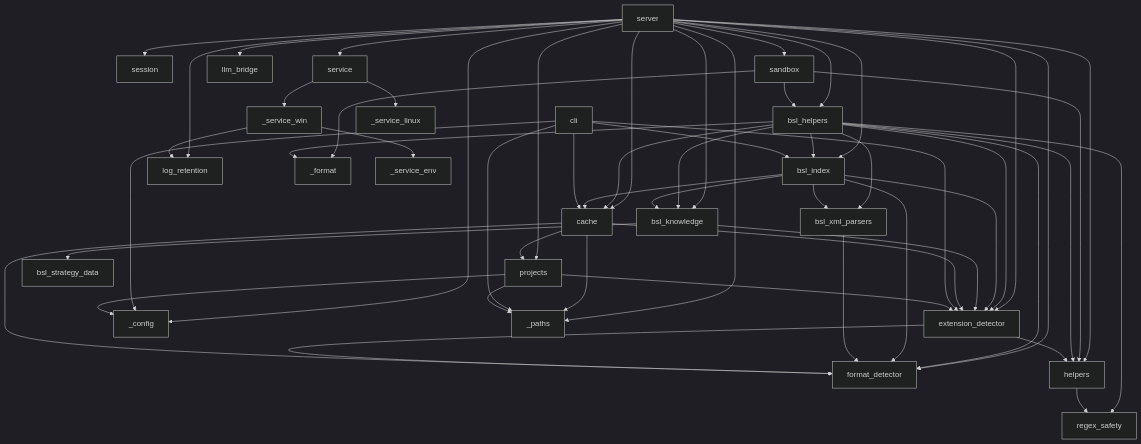
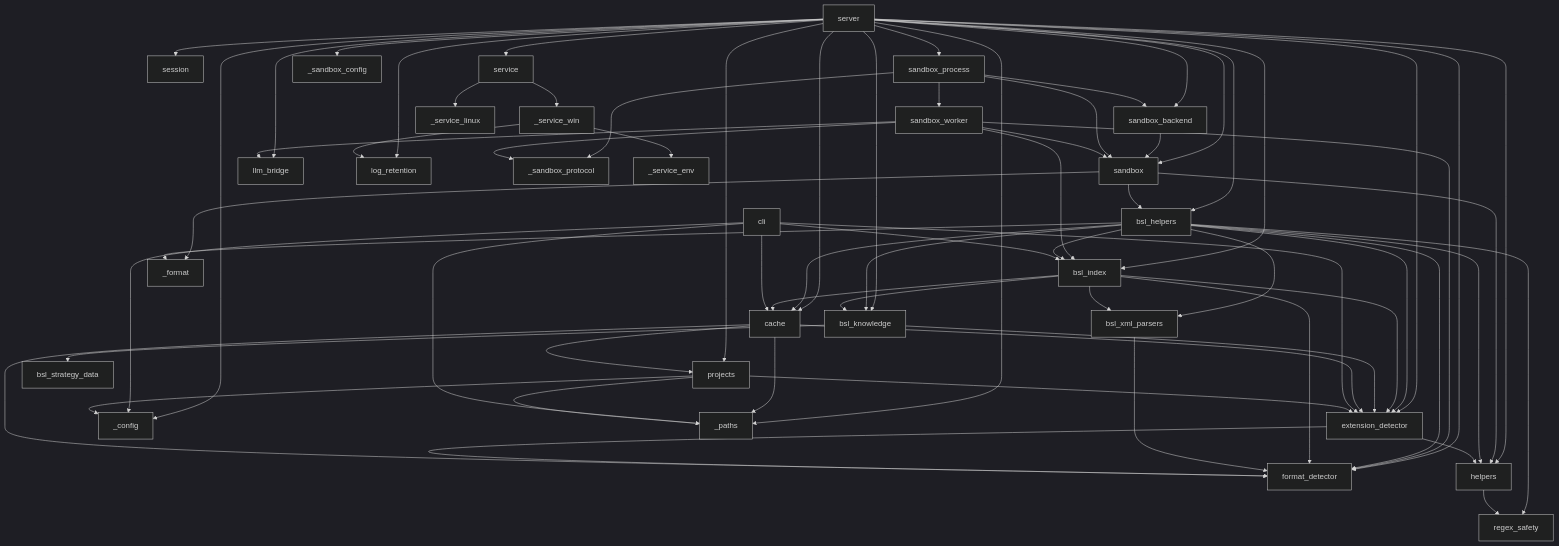
Before and after one commit to Dach-Coin/rlm-tools-bsl: the diagram in docs/MODULE_MAP.md, drawn with Mermaid (dark theme). The commit also changed other lines of this file and 31 other files, not shown here.

```diff
--- a/docs/MODULE_MAP.md
+++ b/docs/MODULE_MAP.md
@@ -86,9 +93,24 @@
     server --> _config
     server --> _paths
 
+    server --> sandbox_backend
+    server --> sandbox_process
+    server --> _sandbox_config
+
     sandbox --> helpers
     sandbox --> bsl_helpers
     sandbox --> _format
+
+    sandbox_backend --> sandbox
+    sandbox_process --> _sandbox_protocol
+    sandbox_process --> sandbox
+    sandbox_process --> sandbox_backend
+    sandbox_process --> sandbox_worker
+    sandbox_worker --> _sandbox_protocol
+    sandbox_worker --> sandbox
+    sandbox_worker --> bsl_index
+    sandbox_worker --> format_detector
+    sandbox_worker --> llm_bridge
 
     bsl_helpers --> format_detector
     bsl_helpers --> bsl_knowledge
```
